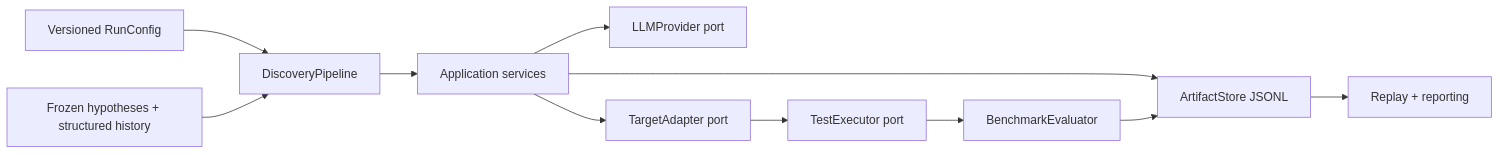
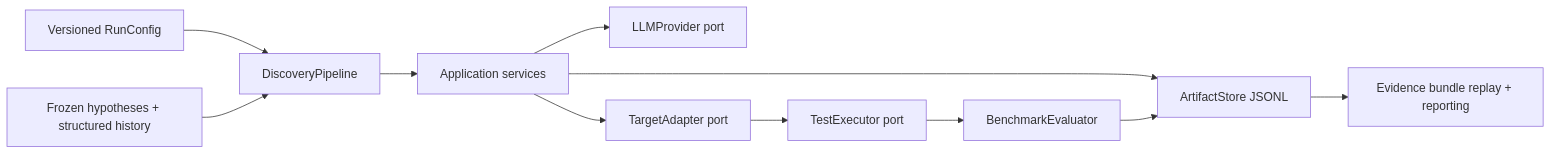
Before and after one commit to DazKha/history-guided-bug-discovery-poc: the diagram in docs/architecture.md, drawn with Mermaid. The commit also changed other lines of this file and 202 other files, not shown here.

````diff
--- a/docs/architecture.md
+++ b/docs/architecture.md
@@ -3,13 +3,13 @@
 ```mermaid
 flowchart LR
   C[Versioned RunConfig] --> P[DiscoveryPipeline]
   H[Frozen hypotheses + structured history] --> P
   P --> S[Application services]
   S --> L[LLMProvider port]
   S --> T[TargetAdapter port]
   T --> E[TestExecutor port]
   E --> B[BenchmarkEvaluator]
   S --> A[ArtifactStore JSONL]
   B --> A
-  A --> R[Replay + reporting]
+  A --> R[Evidence bundle replay + reporting]
 ```
````
